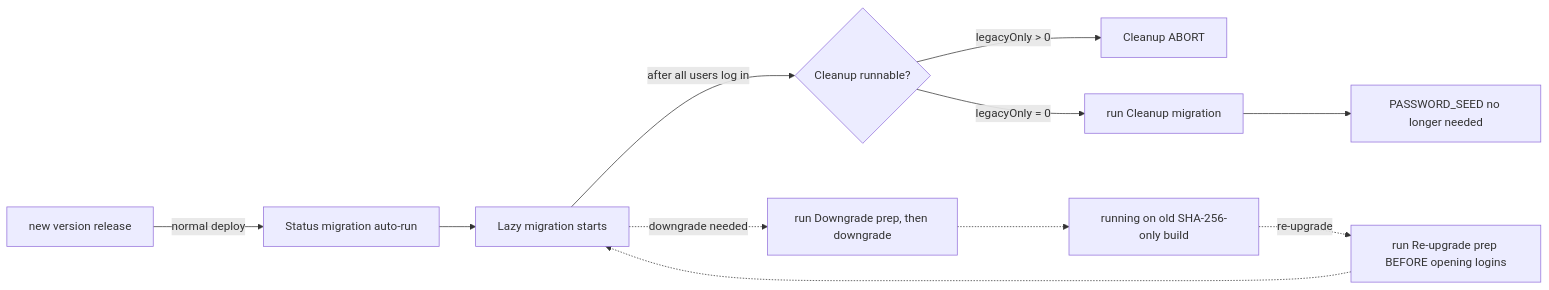
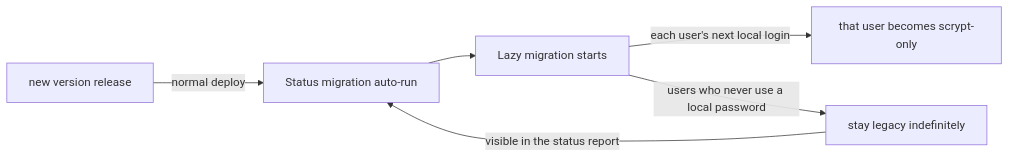
Before and after one commit to growilabs/growi: the fourth of 4 diagrams in .kiro/specs/password-hash-upgrade/design.md, drawn with Mermaid. The commit also changed other lines of this file and 8 other files, not shown here.

````diff
--- a/.kiro/specs/password-hash-upgrade/design.md
+++ b/.kiro/specs/password-hash-upgrade/design.md
@@ -685,15 +601,8 @@
 ```mermaid
 flowchart LR
     A[new version release] -->|normal deploy| B[Status migration auto-run]
     B --> C[Lazy migration starts]
-    C -->|after all users log in| D{Cleanup runnable?}
-    D -->|legacyOnly > 0| E[Cleanup ABORT]
-    D -->|legacyOnly = 0| F[run Cleanup migration]
-    F --> G[PASSWORD_SEED no longer needed]
-
-    %% Exceptional path: downgrade before Phase 3, then re-upgrade
-    C -.->|downgrade needed| H[run Downgrade prep, then downgrade]
-    H -.-> I[running on old SHA-256-only build]
-    I -.->|re-upgrade| J[run Re-upgrade prep BEFORE opening logins]
-    J -.-> C
+    C -->|each user's next local login| D[that user becomes scrypt-only]
+    C -->|users who never use a local password| E[stay legacy indefinitely]
+    E -->|visible in the status report| B
 ```
````
